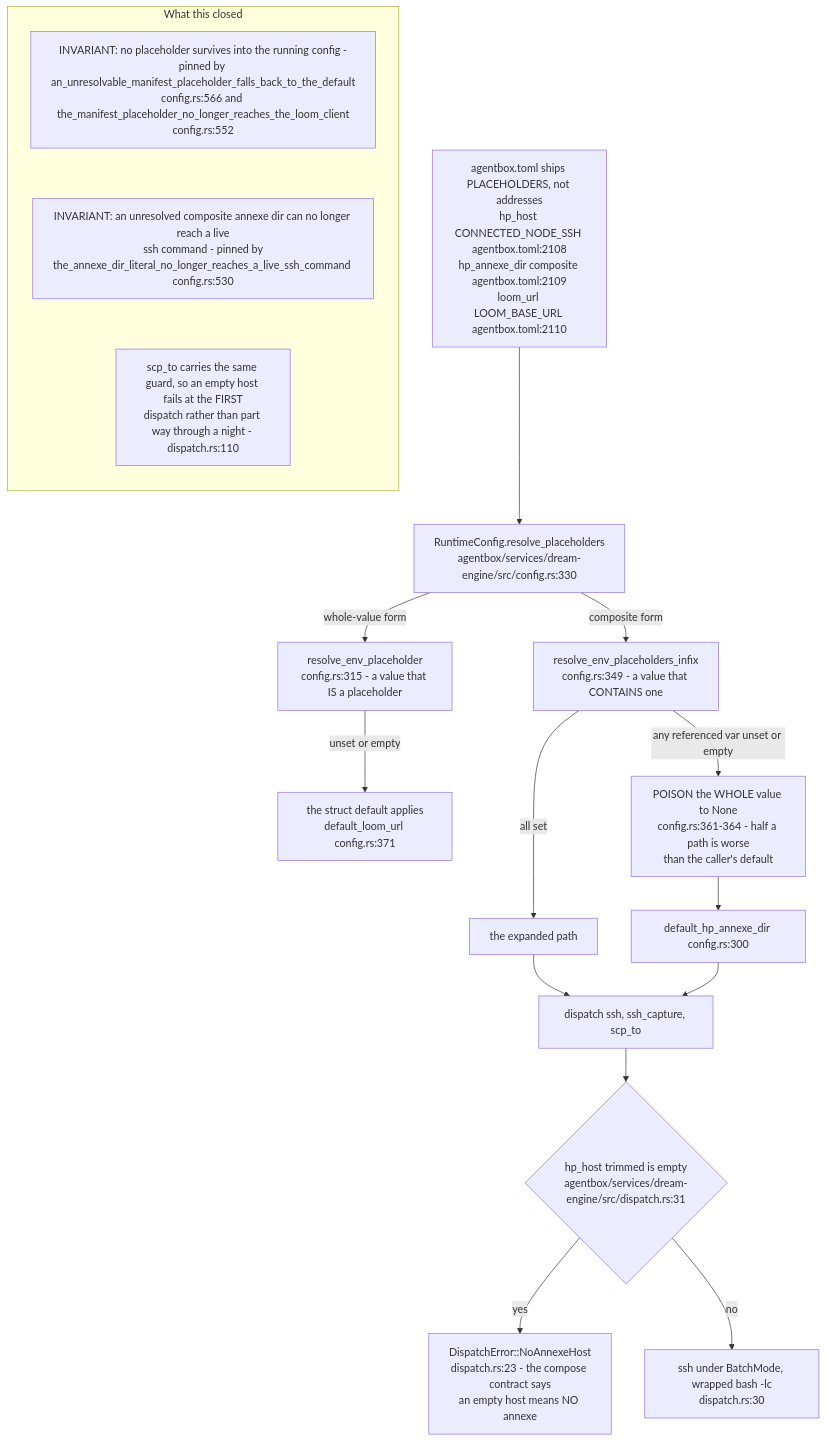
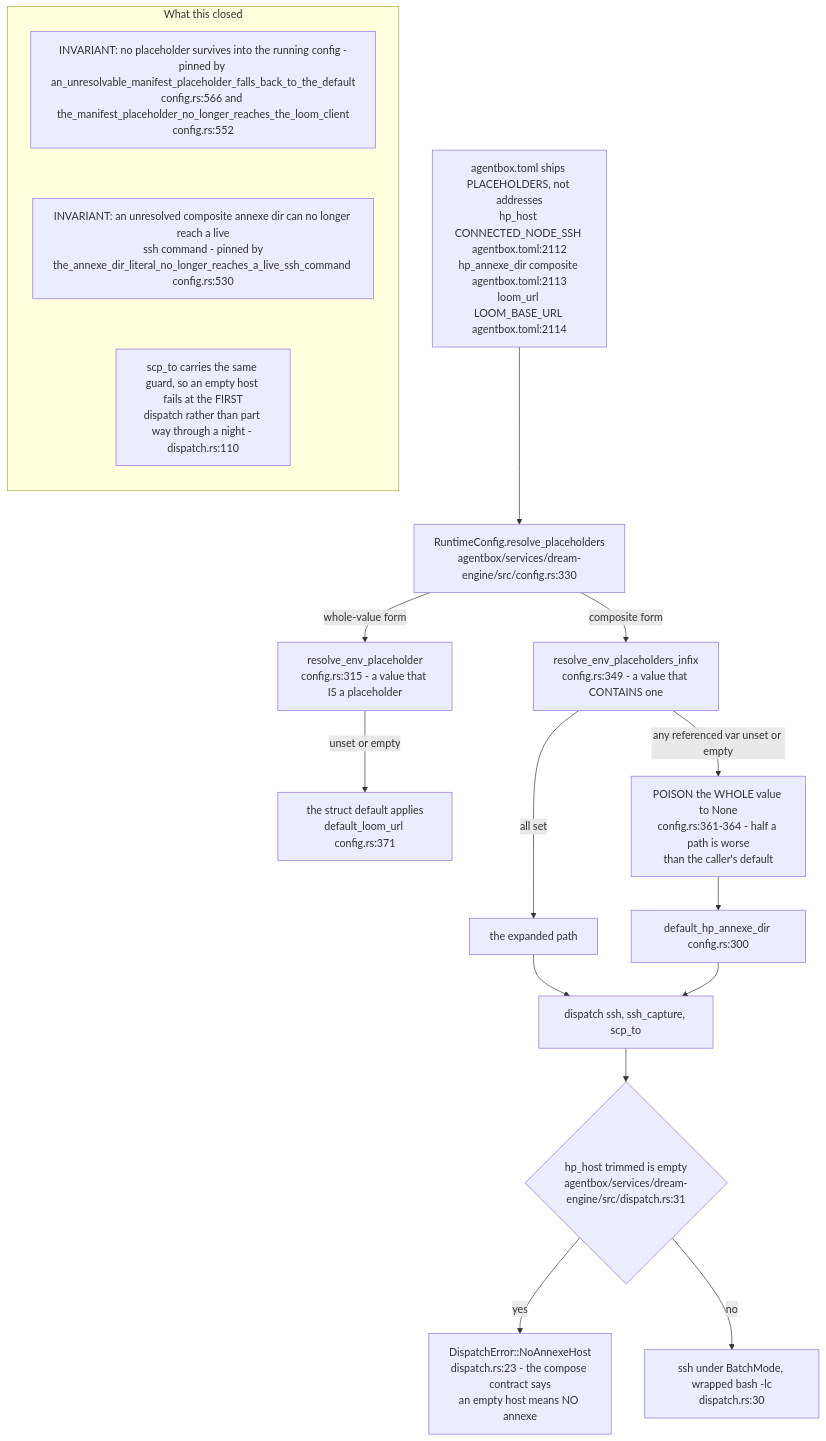
Before and after one commit to DreamLab-AI/VisionFlow: diagram 16 of 19 in docs/diagrams/agentbox/23-dream-engine.md, drawn with Mermaid. The commit also changed other lines of this file and 31 other files, not shown here.

````diff
--- a/docs/diagrams/agentbox/23-dream-engine.md
+++ b/docs/diagrams/agentbox/23-dream-engine.md
@@ -821,23 +826,23 @@
 ```mermaid
 flowchart TB
-    TOML["agentbox.toml ships PLACEHOLDERS, not addresses<br/>hp_host CONNECTED_NODE_SSH agentbox.toml:2108<br/>hp_annexe_dir composite agentbox.toml:2109<br/>loom_url LOOM_BASE_URL agentbox.toml:2110"]
+    TOML["agentbox.toml ships PLACEHOLDERS, not addresses<br/>hp_host CONNECTED_NODE_SSH agentbox.toml:2112<br/>hp_annexe_dir composite agentbox.toml:2113<br/>loom_url LOOM_BASE_URL agentbox.toml:2114"]
     TOML --> RP["RuntimeConfig.resolve_placeholders<br/>agentbox/services/dream-engine/src/config.rs:330"]
     RP -->|"whole-value form"| W["resolve_env_placeholder<br/>config.rs:315 - a value that IS a placeholder"]
     RP -->|"composite form"| I["resolve_env_placeholders_infix<br/>config.rs:349 - a value that CONTAINS one"]
     W -->|"unset or empty"| D1["the struct default applies<br/>default_loom_url config.rs:371"]
     I -->|"any referenced var unset or empty"| D2["POISON the WHOLE value to None<br/>config.rs:361-364 - half a path is worse<br/>than the caller's default"]
     D2 --> D3["default_hp_annexe_dir config.rs:300"]
     I -->|"all set"| OK["the expanded path"]
     OK --> DISP["dispatch ssh, ssh_capture, scp_to"]
     D3 --> DISP
     DISP --> GUARD{"hp_host trimmed is empty<br/>agentbox/services/dream-engine/src/dispatch.rs:31"}
     GUARD -->|"yes"| NAH["DispatchError::NoAnnexeHost<br/>dispatch.rs:23 - the compose contract says<br/>an empty host means NO annexe"]
     GUARD -->|"no"| SSH["ssh under BatchMode, wrapped bash -lc<br/>dispatch.rs:30"]
     subgraph notes["What this closed"]
         direction TB
         N1["INVARIANT: no placeholder survives into the running config -<br/>pinned by an_unresolvable_manifest_placeholder_falls_back_to_the_default<br/>config.rs:566 and the_manifest_placeholder_no_longer_reaches_the_loom_client<br/>config.rs:552"]
         N2["INVARIANT: an unresolved composite annexe dir can no longer reach a live<br/>ssh command - pinned by<br/>the_annexe_dir_literal_no_longer_reaches_a_live_ssh_command config.rs:530"]
         N3["scp_to carries the same guard, so an empty host fails at the FIRST<br/>dispatch rather than part way through a night - dispatch.rs:110"]
         N1 ~~~ N2 ~~~ N3
     end
 ```
````
